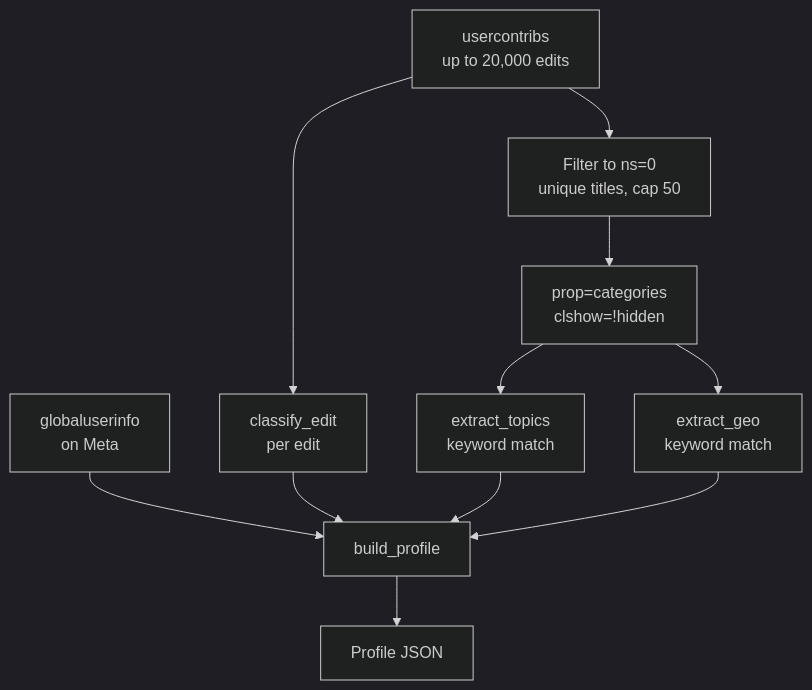
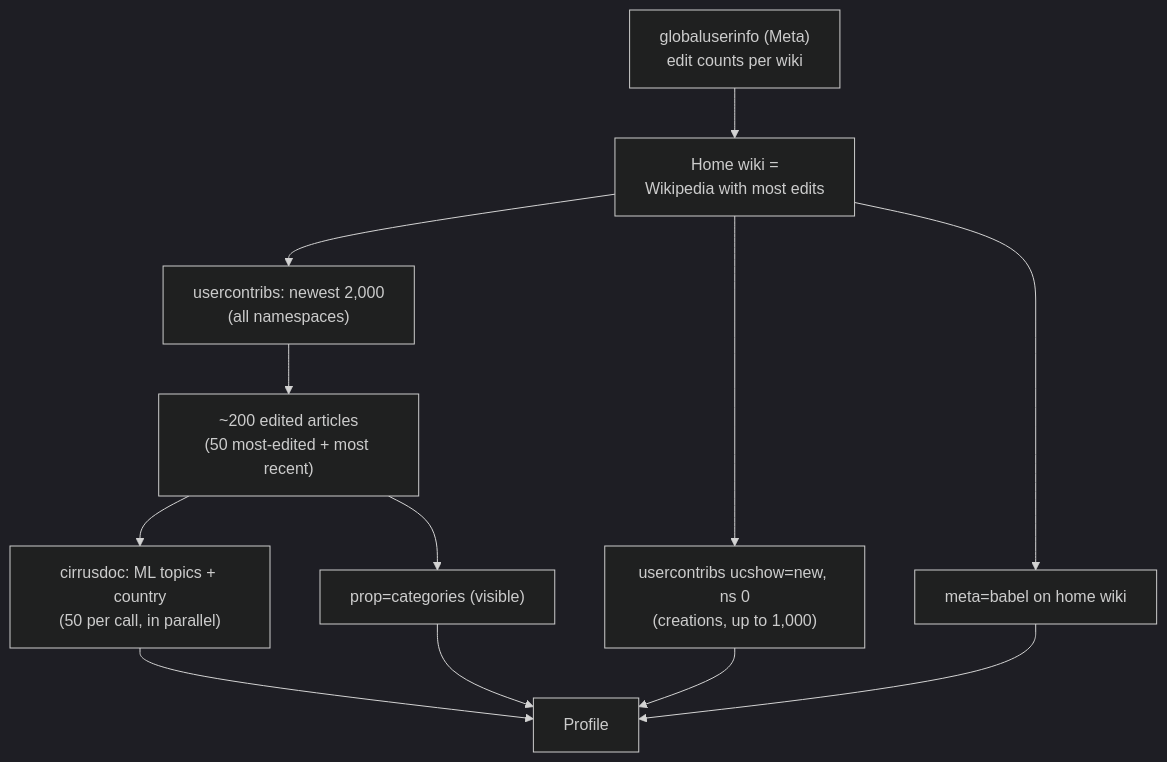
One commit to Wikimedians-of-Kerala-UG-Technical/Compass changed the diagram in wiki/Feature-Editor-Profile.md. Above: the diagram before and after it, drawn with Mermaid (dark theme). The commit also changed other lines of this file and 16 other files, not shown here.

````diff
--- a/wiki/Feature-Editor-Profile.md
+++ b/wiki/Feature-Editor-Profile.md
@@ -13,13 +13,14 @@
 ```mermaid
-flowchart TB
-    A["usercontribs<br/>up to 20,000 edits"] --> B["Filter to ns=0<br/>unique titles, cap 50"]
-    B --> C["prop=categories<br/>clshow=!hidden"]
-    A --> D["classify_edit<br/>per edit"]
-    C --> E["extract_topics<br/>keyword match"]
-    C --> F["extract_geo<br/>keyword match"]
-    G["globaluserinfo<br/>on Meta"] --> H
-    D --> H["build_profile"]
-    E --> H
-    F --> H
-    H --> I["Profile JSON"]
+flowchart TD
+    G["globaluserinfo (Meta)<br/>edit counts per wiki"] --> H["Home wiki =<br/>Wikipedia with most edits"]
+    H --> C["usercontribs: newest 2,000<br/>(all namespaces)"]
+    H --> N["usercontribs ucshow=new, ns 0<br/>(creations, up to 1,000)"]
+    H --> B["meta=babel on home wiki"]
+    C --> T["~200 edited articles<br/>(50 most-edited + most recent)"]
+    T --> D["cirrusdoc: ML topics + country<br/>(50 per call, in parallel)"]
+    T --> K["prop=categories (visible)"]
+    D --> P["Profile"]
+    K --> P
+    N --> P
+    B --> P
 ```
````
